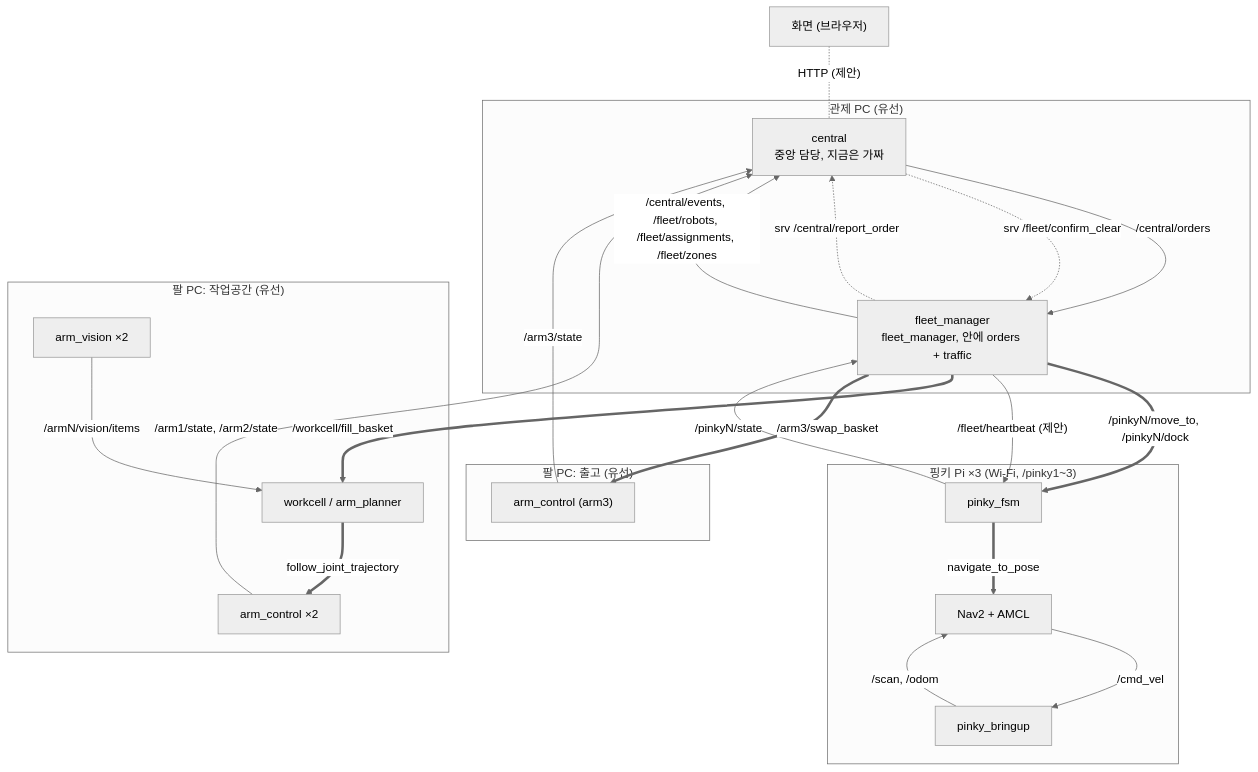
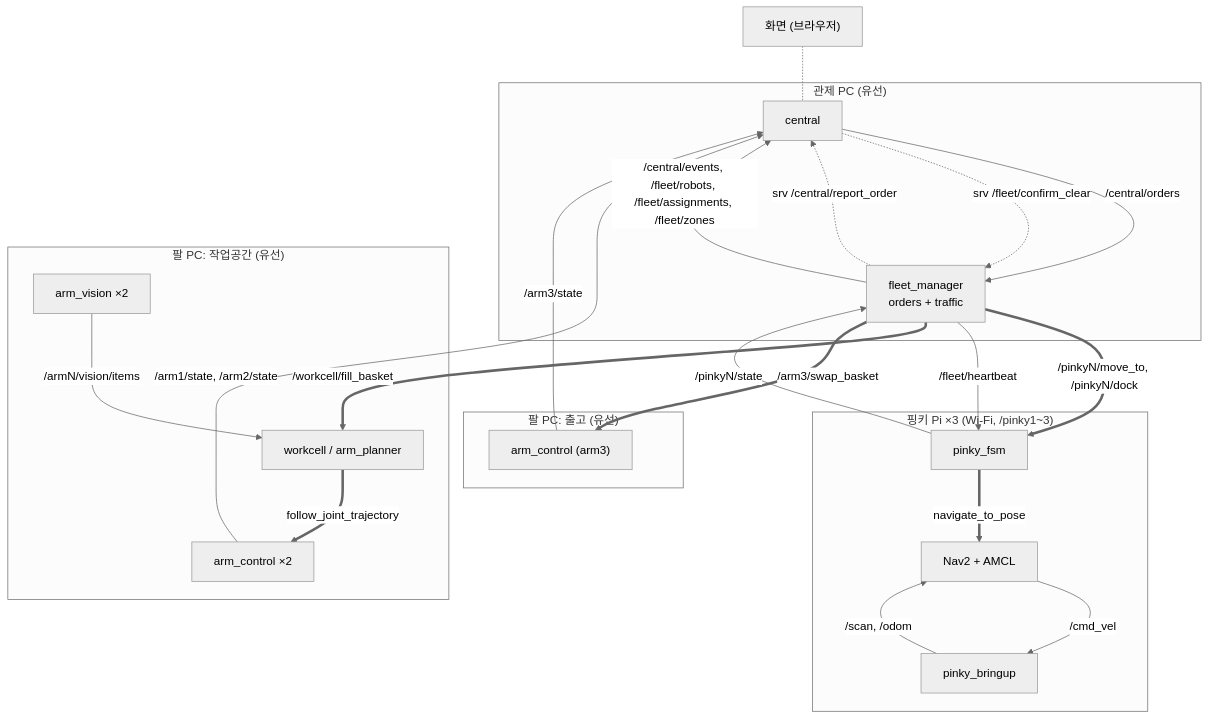
One commit to PJW-1/roscamp-repo-2 changed the diagram in README.md. Above: the diagram before and after it, drawn with Mermaid (neutral theme). The commit also changed other lines of this file and 9 other files, not shown here.

````diff
--- a/README.md
+++ b/README.md
@@ -63,38 +21,38 @@
 ```mermaid
 flowchart TB
   web["화면 (브라우저)"]
   subgraph pcbox["관제 PC (유선)"]
-    central["central<br/>중앙 담당, 지금은 가짜"]
-    fm["fleet_manager<br/>fleet_manager, 안에 orders + traffic"]
+    central["central"]
+    fm["fleet_manager<br/>orders + traffic"]
   end
   subgraph pinky["핑키 Pi ×3 (Wi-Fi, /pinky1~3)"]
     fsm["pinky_fsm"]
     nav["Nav2 + AMCL"]
     bring["pinky_bringup"]
   end
   subgraph armw["팔 PC: 작업공간 (유선)"]
     wc["workcell / arm_planner"]
     ac["arm_control ×2"]
     av["arm_vision ×2"]
   end
   subgraph armo["팔 PC: 출고 (유선)"]
     a3["arm_control (arm3)"]
   end
-  web -. "HTTP (제안)" .- central
+  web -.- central
   central -- "/central/orders" --> fm
   fm -. "srv /central/report_order" .-> central
   fm -- "/central/events, /fleet/robots, /fleet/assignments, /fleet/zones" --> central
   central -. "srv /fleet/confirm_clear" .-> fm
   fm == "/pinkyN/move_to, /pinkyN/dock" ==> fsm
-  fm -- "/fleet/heartbeat (제안)" --> fsm
+  fm -- "/fleet/heartbeat" --> fsm
   fsm -- "/pinkyN/state" --> fm
   fsm == "navigate_to_pose" ==> nav
   nav -- "/cmd_vel" --> bring
   bring -- "/scan, /odom" --> nav
   fm == "/workcell/fill_basket" ==> wc
   fm == "/arm3/swap_basket" ==> a3
   av -- "/armN/vision/items" --> wc
   wc == "follow_joint_trajectory" ==> ac
   ac -- "/arm1/state, /arm2/state" --> central
   a3 -- "/arm3/state" --> central
 ```
````
